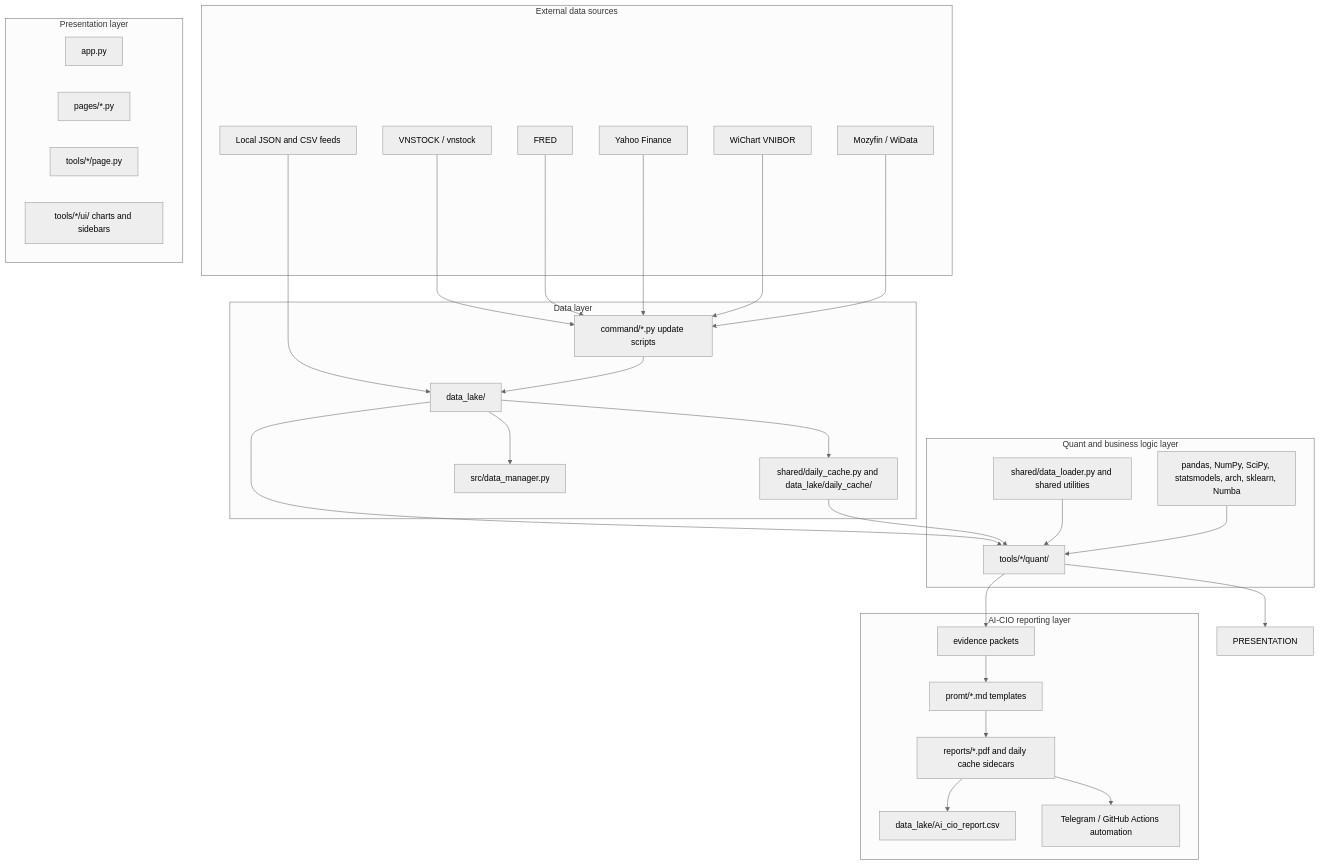
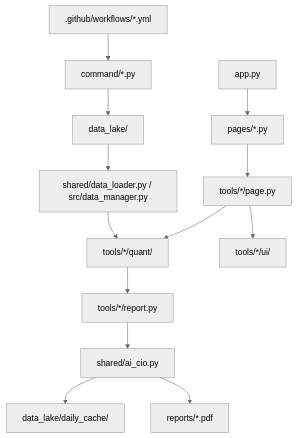
Before and after one commit to cuocsongthinhvuong8868-sketch/onl_quant-platform: the diagram in README.md, drawn with Mermaid (neutral theme). The commit also changed other lines of this file and 49 other files, not shown here.

````diff
--- a/README.md
+++ b/README.md
@@ -93,59 +71,15 @@
 ```mermaid
 flowchart TB
-    subgraph External_Data[External data sources]
-        VNSTOCK["VNSTOCK / vnstock"]
-        FRED[FRED]
-        YAHOO[Yahoo Finance]
-        WICHART[WiChart VNIBOR]
-        NEWS["Mozyfin / WiData"]
-        LOCAL[Local JSON and CSV feeds]
-    end
-
-    subgraph Data_Layer[Data layer]
-        LAKE[data_lake/]
-        COMMANDS["command/*.py update scripts"]
-        CACHE["shared/daily_cache.py and data_lake/daily_cache/"]
-        HEALTH["src/data_manager.py"]
-    end
-
-    subgraph Quant_Layer[Quant and business logic layer]
-        QUANT["tools/*/quant/"]
-        SHARED["shared/data_loader.py and shared utilities"]
-        LIBS["pandas, NumPy, SciPy, statsmodels, arch, sklearn, Numba"]
-    end
-
-    subgraph Presentation[Presentation layer]
-        APP["app.py"]
-        PAGES["pages/*.py"]
-        TOOLPAGES["tools/*/page.py"]
-        CHARTS["tools/*/ui/ charts and sidebars"]
-    end
-
-    subgraph AI_CIO[AI-CIO reporting layer]
-        PACKETS[evidence packets]
-        PROMPTS["promt/*.md templates"]
-        LEDGER["data_lake/Ai_cio_report.csv"]
-        REPORTS["reports/*.pdf and daily cache sidecars"]
-        DELIVERY["Telegram / GitHub Actions automation"]
-    end
-
-    VNSTOCK --> COMMANDS
-    FRED --> COMMANDS
-    YAHOO --> COMMANDS
-    WICHART --> COMMANDS
-    NEWS --> COMMANDS
-    LOCAL --> LAKE
-    COMMANDS --> LAKE
-    LAKE --> CACHE
-    LAKE --> HEALTH
-    LAKE --> QUANT
-    CACHE --> QUANT
-    QUANT --> PRESENTATION
-    SHARED --> QUANT
-    LIBS --> QUANT
-    QUANT --> PACKETS
-    PACKETS --> PROMPTS
-    PROMPTS --> REPORTS
-    REPORTS --> LEDGER
-    REPORTS --> DELIVERY
+    App["app.py"] --> Pages["pages/*.py"]
+    Pages --> ToolPages["tools/*/page.py"]
+    ToolPages --> Quant["tools/*/quant/"]
+    ToolPages --> UI["tools/*/ui/"]
+    Commands["command/*.py"] --> DataLake["data_lake/"]
+    DataLake --> Loaders["shared/data_loader.py / src/data_manager.py"]
+    Loaders --> Quant
+    Quant --> Reports["tools/*/report.py"]
+    Reports --> AICIO["shared/ai_cio.py"]
+    AICIO --> Cache["data_lake/daily_cache/"]
+    AICIO --> PDFs["reports/*.pdf"]
+    Workflows[".github/workflows/*.yml"] --> Commands
 ```
````
